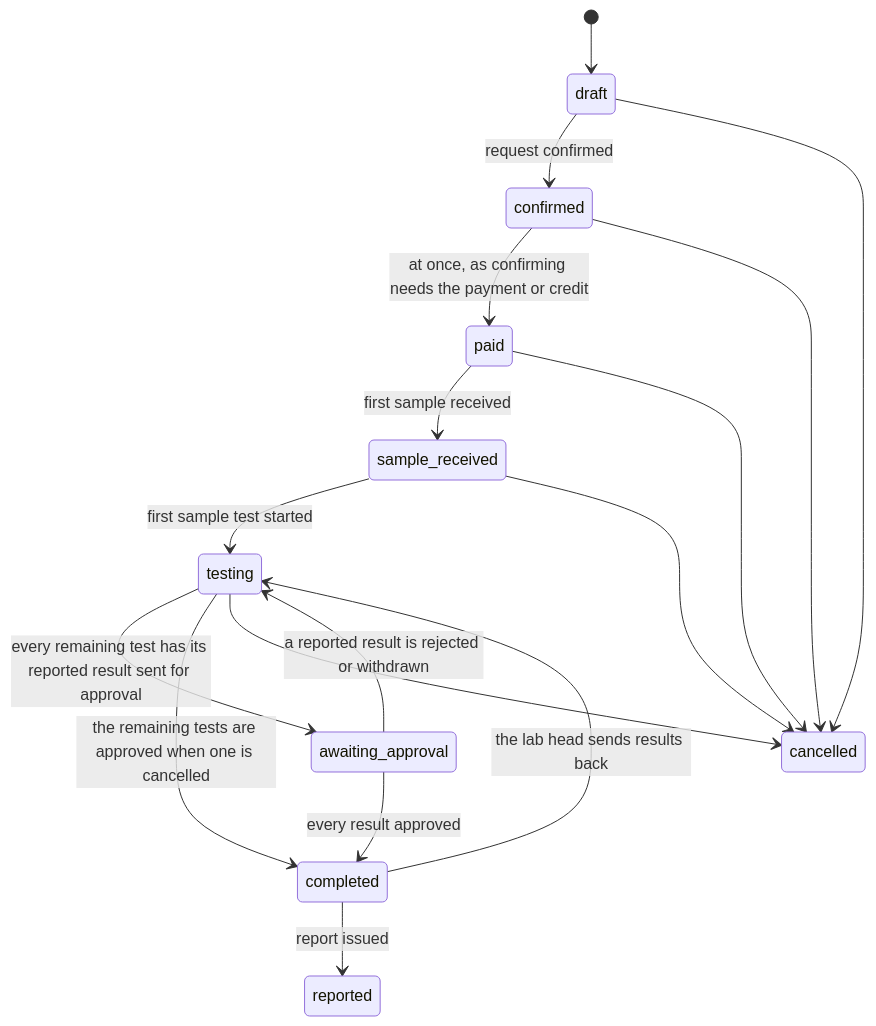
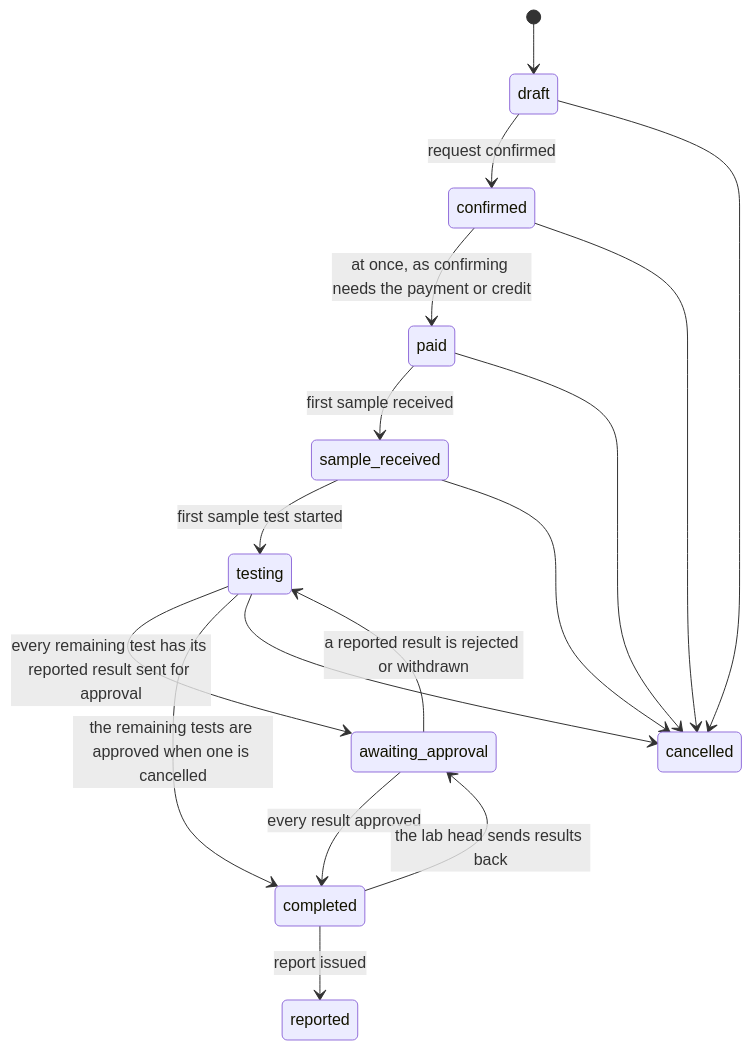
One commit to SoltuneMontepre/medilab changed the second of 9 diagrams in docs/functional/laboratory_module/overview.md. Above: the diagram before and after it, drawn with Mermaid. The commit also changed other lines of this file and 9 other files, not shown here.

````diff
--- a/docs/functional/laboratory_module/overview.md
+++ b/docs/functional/laboratory_module/overview.md
@@ -57,19 +57,19 @@
 ```mermaid
 stateDiagram-v2
     [*] --> draft
     draft --> confirmed: request confirmed
     confirmed --> paid: at once, as confirming needs the payment or credit
     paid --> sample_received: first sample received
     sample_received --> testing: first sample test started
     testing --> awaiting_approval: every remaining test has its reported result sent for approval
     awaiting_approval --> testing: a reported result is rejected or withdrawn
     awaiting_approval --> completed: every result approved
     testing --> completed: the remaining tests are approved when one is cancelled
     completed --> reported: report issued
-    completed --> testing: the lab head sends results back
+    completed --> awaiting_approval: the lab head sends results back
     draft --> cancelled
     confirmed --> cancelled
     paid --> cancelled
     sample_received --> cancelled
     testing --> cancelled
 ```
````
